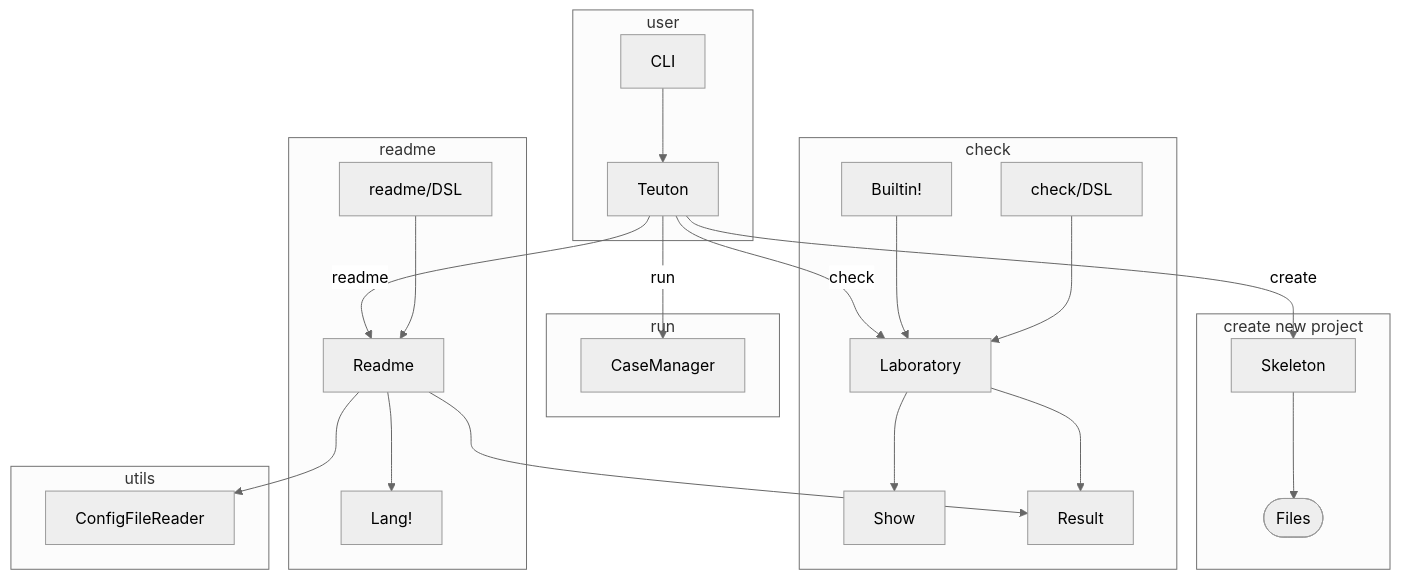
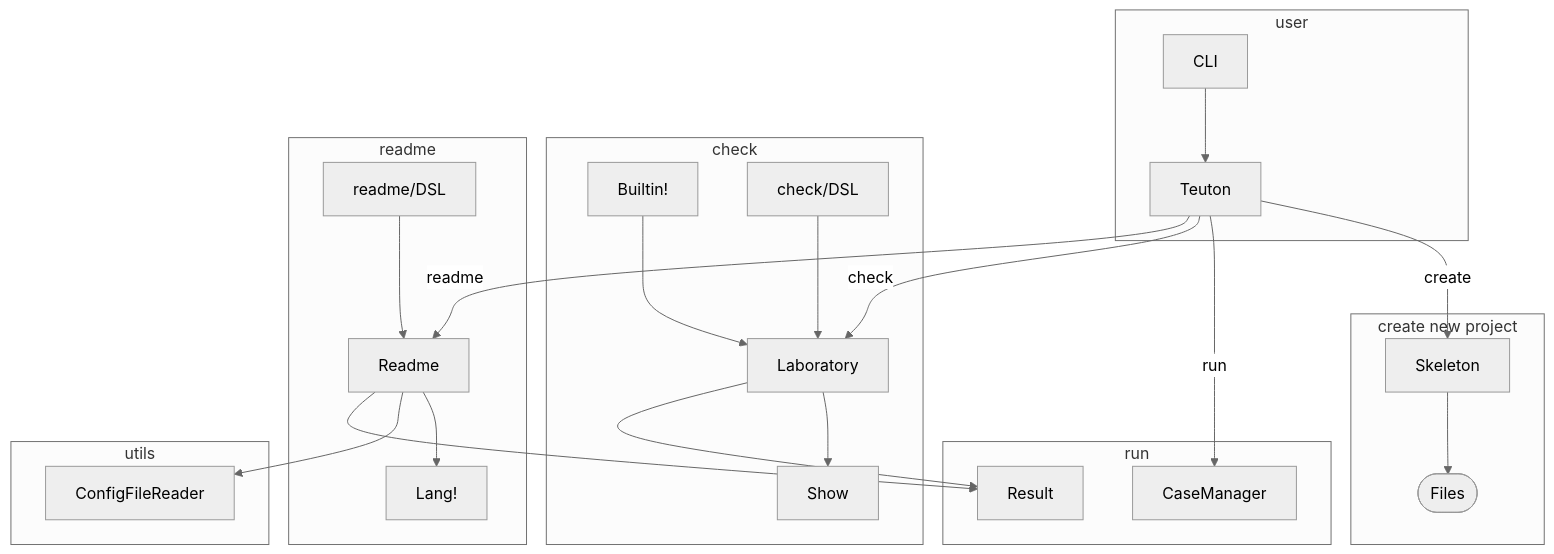
One commit to teuton-software/teuton changed the diagram in docs/diagram.md. Above: the diagram before and after it, drawn with Mermaid (neutral theme).

````diff
--- a/docs/diagram.md
+++ b/docs/diagram.md
@@ -5,37 +5,39 @@
 ```mermaid
 flowchart TB
 
 subgraph user
   CLI --> Teuton
 end
 
 subgraph "create new project"
   Teuton -- create --> Skeleton
   Skeleton --> Files([Files])
 end
 
+subgraph run
+  Teuton -- run --> CaseManager
+  Result
+end
+
+
 subgraph check
   Teuton -- check --> Laboratory
 
   Builtin! --> Laboratory
   check/DSL --> Laboratory
   Laboratory --> Show  
   Laboratory --> Result
-end
-
-subgraph run
-  Teuton -- run --> CaseManager
 end
 
 subgraph readme
   Teuton -- readme --> Readme
 
   readme/DSL --> Readme
   Readme --> Lang!  
 end
 
 subgraph utils
   Readme --> ConfigFileReader
   Readme --> Result
 end
 ```
````
